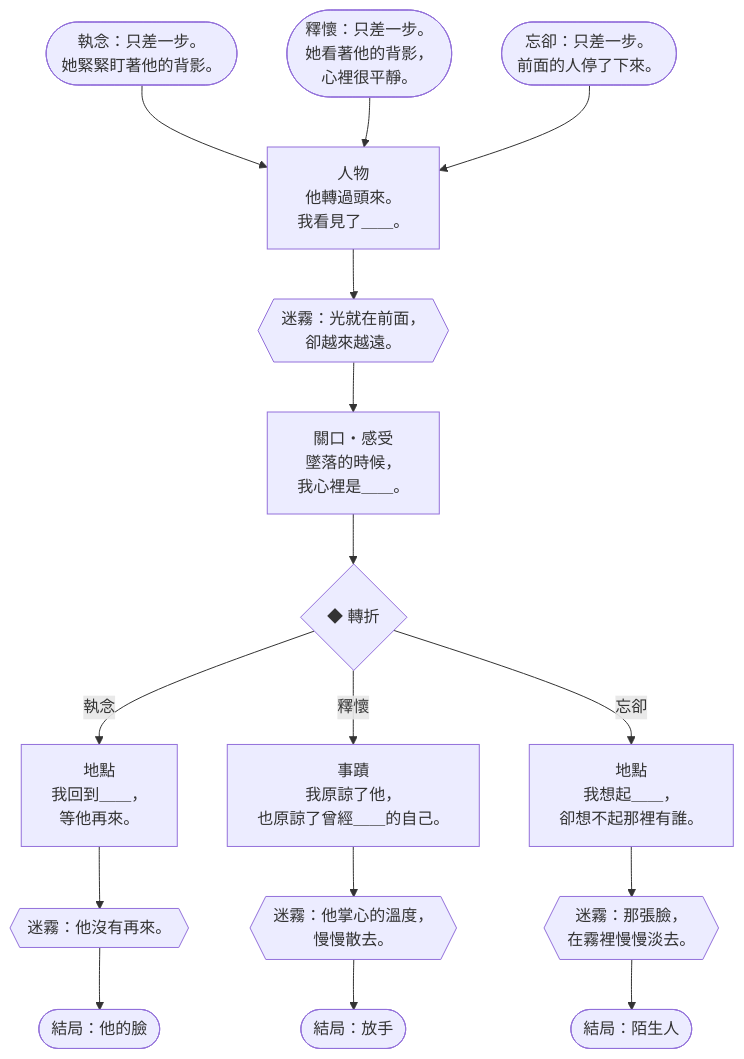
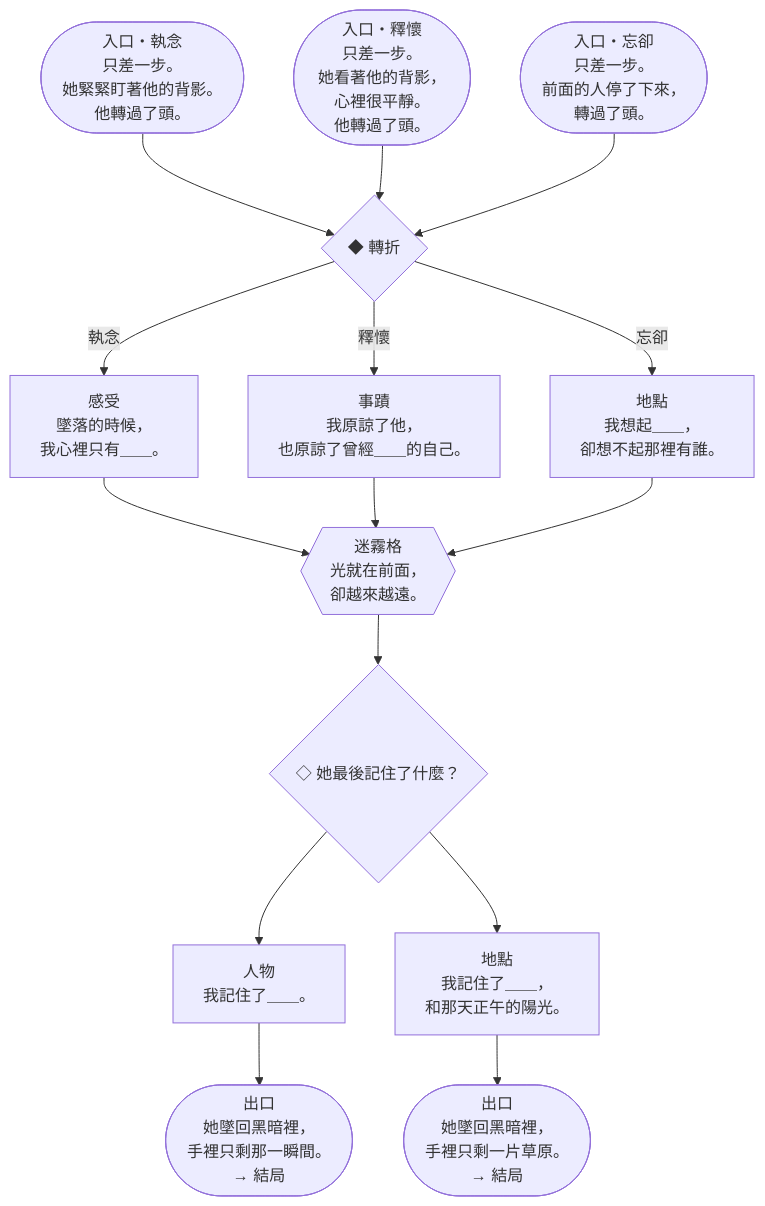
One commit to Ralph-Liu-Hub/Boardgame-Netherbloom changed diagram 12 of 15 in docs/design/V5-storybooks.zh-TW.md. Above: the diagram before and after it, drawn with Mermaid. The commit also changed other lines of this file, not shown here.

````diff
--- a/docs/design/V5-storybooks.zh-TW.md
+++ b/docs/design/V5-storybooks.zh-TW.md
@@ -718,11 +982,27 @@
 ```mermaid
 flowchart TD
-  c2E0(["執念：只差一步。<br>她緊緊盯著他的背影。"]) --> c2A
-  c2E1(["釋懷：只差一步。<br>她看著他的背影，<br>心裡很平靜。"]) --> c2A
-  c2E2(["忘卻：只差一步。<br>前面的人停了下來。"]) --> c2A
-  c2A["人物<br>他轉過頭來。<br>我看見了＿＿。"] --> c2M{{"迷霧：光就在前面，<br>卻越來越遠。"}}
-  c2M --> c2B["關口・感受<br>墜落的時候，<br>我心裡是＿＿。"] --> c2T{"◆ 轉折"}
-  c2T -- 執念 --> c2C0["地點<br>我回到＿＿，<br>等他再來。"] --> c2X0{{"迷霧：他沒有再來。"}} --> c2O0(["結局：他的臉"])
-  c2T -- 釋懷 --> c2C1["事蹟<br>我原諒了他，<br>也原諒了曾經＿＿的自己。"] --> c2X1{{"迷霧：他掌心的溫度，<br>慢慢散去。"}} --> c2O1(["結局：放手"])
-  c2T -- 忘卻 --> c2C2["地點<br>我想起＿＿，<br>卻想不起那裡有誰。"] --> c2X2{{"迷霧：那張臉，<br>在霧裡慢慢淡去。"}} --> c2O2(["結局：陌生人"])
+  c2E0(["入口・執念<br>只差一步。<br>她緊緊盯著他的背影。<br>他轉過了頭。"]) --> c2f
+  c2E1(["入口・釋懷<br>只差一步。<br>她看著他的背影，<br>心裡很平靜。<br>他轉過了頭。"]) --> c2f
+  c2E2(["入口・忘卻<br>只差一步。<br>前面的人停了下來，<br>轉過了頭。"]) --> c2f
+  c2f{"◆ 轉折"}
+  c2f -- 執念 --> c2c1
+  c2f -- 釋懷 --> c2c2
+  c2f -- 忘卻 --> c2c3
+  c2c1["感受<br>墜落的時候，<br>我心裡只有＿＿。"]
+  c2c1 --> c2x1
+  c2c2["事蹟<br>我原諒了他，<br>也原諒了曾經＿＿的自己。"]
+  c2c2 --> c2x1
+  c2c3["地點<br>我想起＿＿，<br>卻想不起那裡有誰。"]
+  c2c3 --> c2x1
+  c2x1{{"迷霧格<br>光就在前面，<br>卻越來越遠。"}}
+  c2x1 --> c2p1
+  c2p1{"◇ 她最後記住了什麼？"}
+  c2p1 --> c2d1
+  c2p1 --> c2d2
+  c2d1["人物<br>我記住了＿＿。"]
+  c2d1 --> c2o1
+  c2d2["地點<br>我記住了＿＿，<br>和那天正午的陽光。"]
+  c2d2 --> c2o2
+  c2o1(["出口<br>她墜回黑暗裡，<br>手裡只剩那一瞬間。<br>→ 結局"])
+  c2o2(["出口<br>她墜回黑暗裡，<br>手裡只剩一片草原。<br>→ 結局"])
 ```
````
